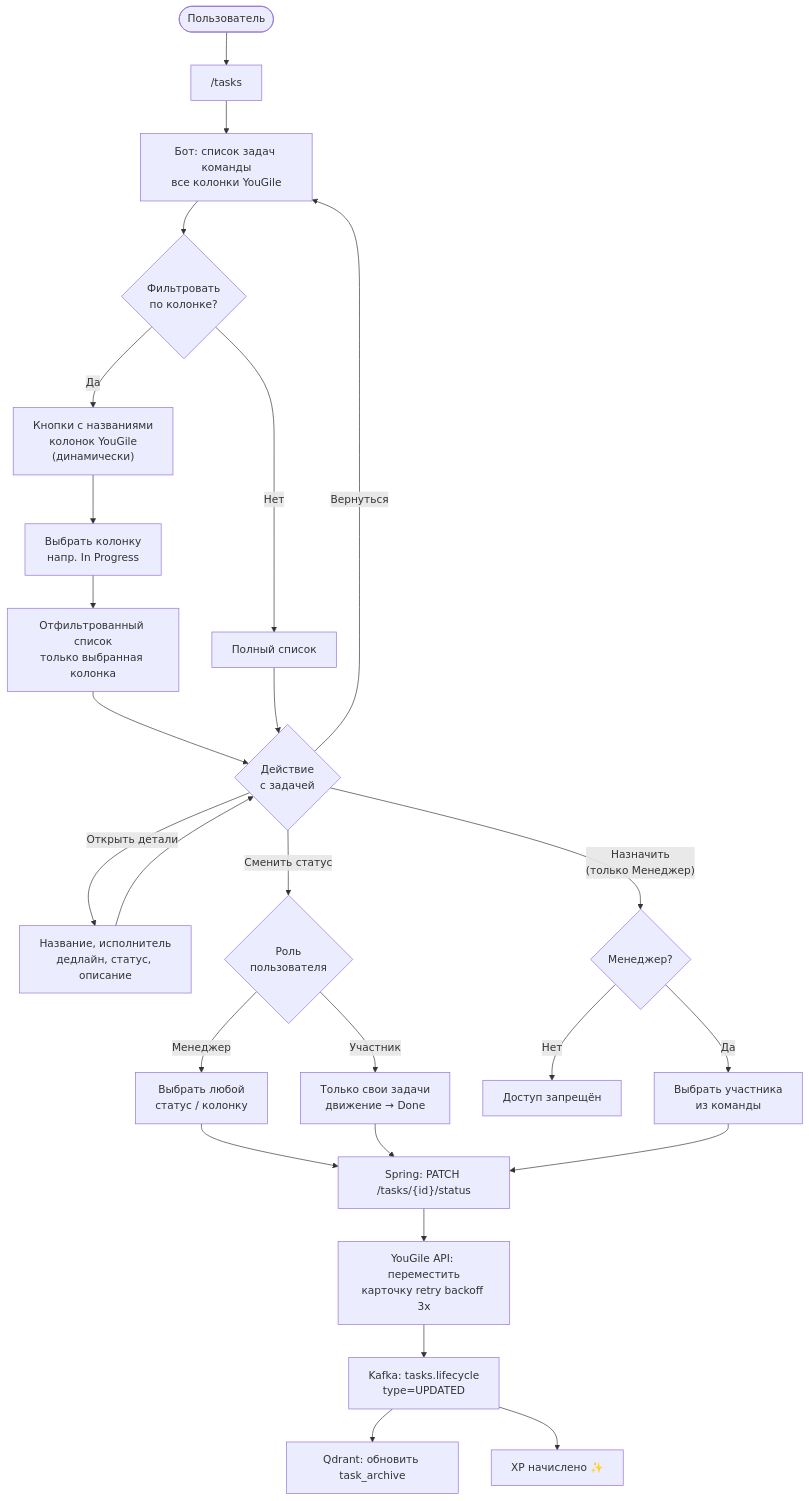
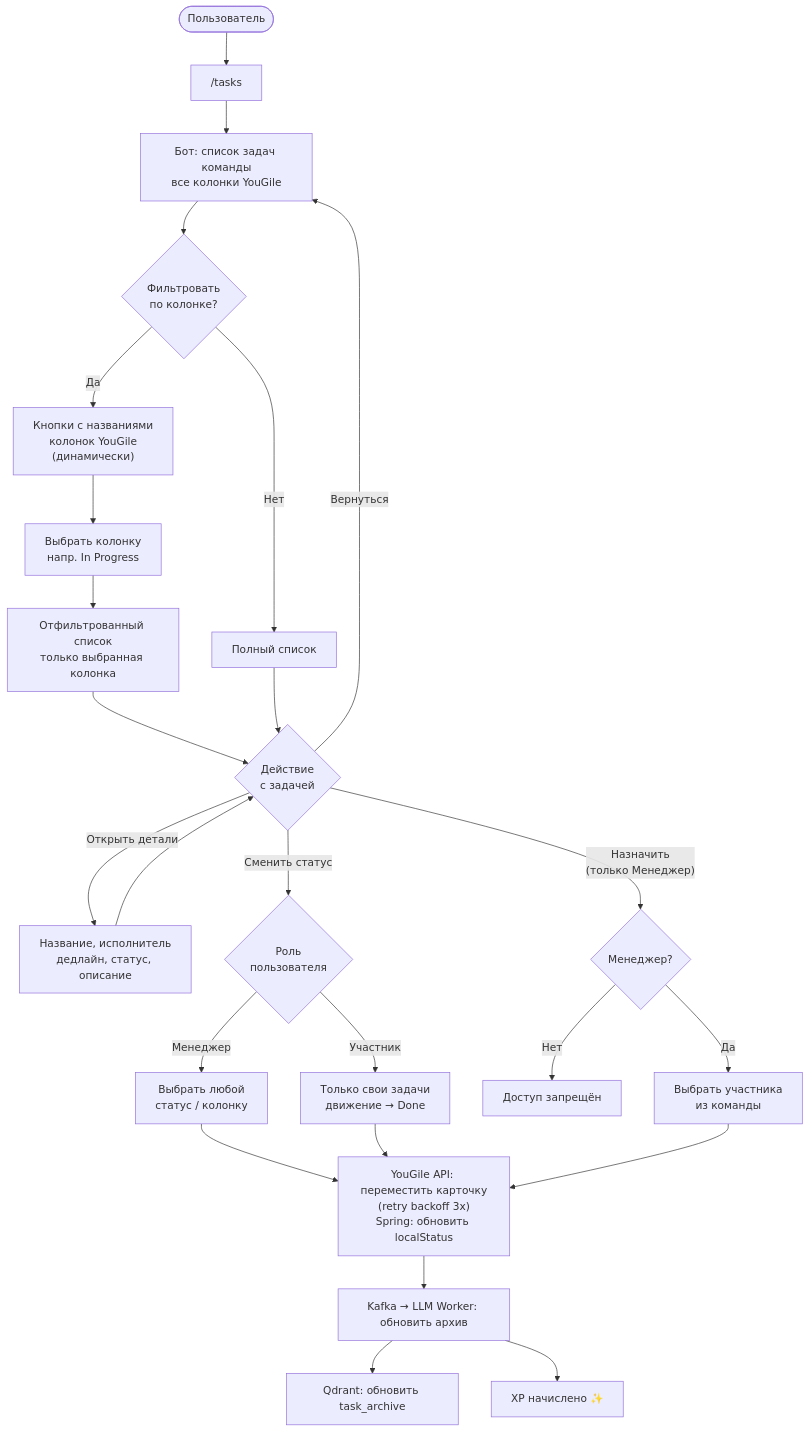
Before and after one commit to 42team-ru/teampilot: the sixth of 12 diagrams in docs/user-flows.md, drawn with Mermaid. The commit also changed other lines of this file and 2 other files, not shown here.

````diff
--- a/docs/user-flows.md
+++ b/docs/user-flows.md
@@ -229,34 +228,33 @@
 ```mermaid
 flowchart TD
     Start([Пользователь]) --> A["/tasks"]
     A --> B["Бот: список задач команды\nвсе колонки YouGile"]
 
     B --> C{Фильтровать\nпо колонке?}
     C -->|Да| D["Кнопки с названиями\nколонок YouGile\n(динамически)"]
     D --> E["Выбрать колонку\nнапр. In Progress"]
     E --> F["Отфильтрованный список\nтолько выбранная колонка"]
     C -->|Нет| G["Полный список"]
 
     F --> H{Действие\nс задачей}
     G --> H
 
     H -->|Открыть детали| I["Название, исполнитель\nдедлайн, статус, описание"]
     I --> H
 
     H -->|Сменить статус| J{Роль\nпользователя}
     J -->|Менеджер| K["Выбрать любой\nстатус / колонку"]
     J -->|Участник| L["Только свои задачи\nдвижение → Done"]
-    K --> M["Spring: PATCH /tasks/{id}/status"]
+    K --> M["YouGile API: переместить карточку\n(retry backoff 3x)\nSpring: обновить localStatus"]
     L --> M
-    M --> N["YouGile API: переместить\nкарточку retry backoff 3x"]
-    N --> O["Kafka: tasks.lifecycle\ntype=UPDATED"]
+    M --> O["Kafka → LLM Worker: обновить архив"]
     O --> P["Qdrant: обновить task_archive"]
     O --> Q["XP начислено ✨"]
 
     H -->|"Назначить\n(только Менеджер)"| R{Менеджер?}
     R -->|Нет| S["Доступ запрещён"]
     R -->|Да| T["Выбрать участника\nиз команды"]
     T --> M
 
     H -->|Вернуться| B
 ```
````
